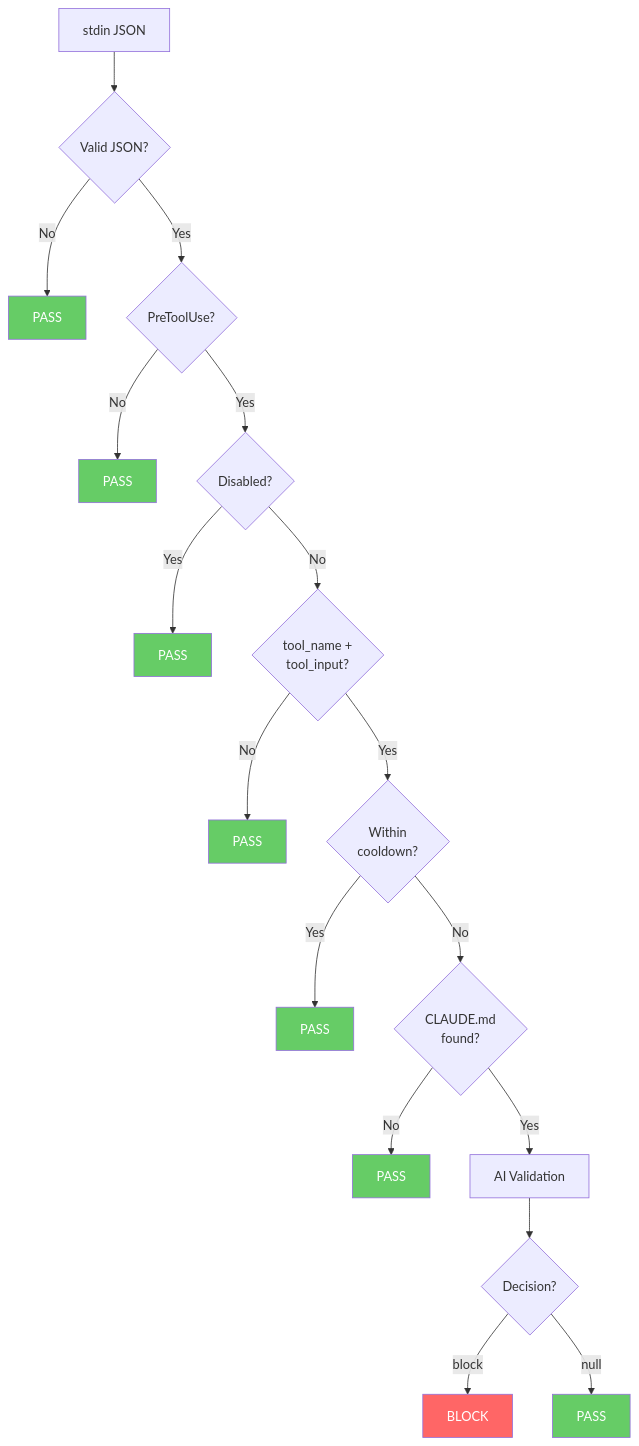
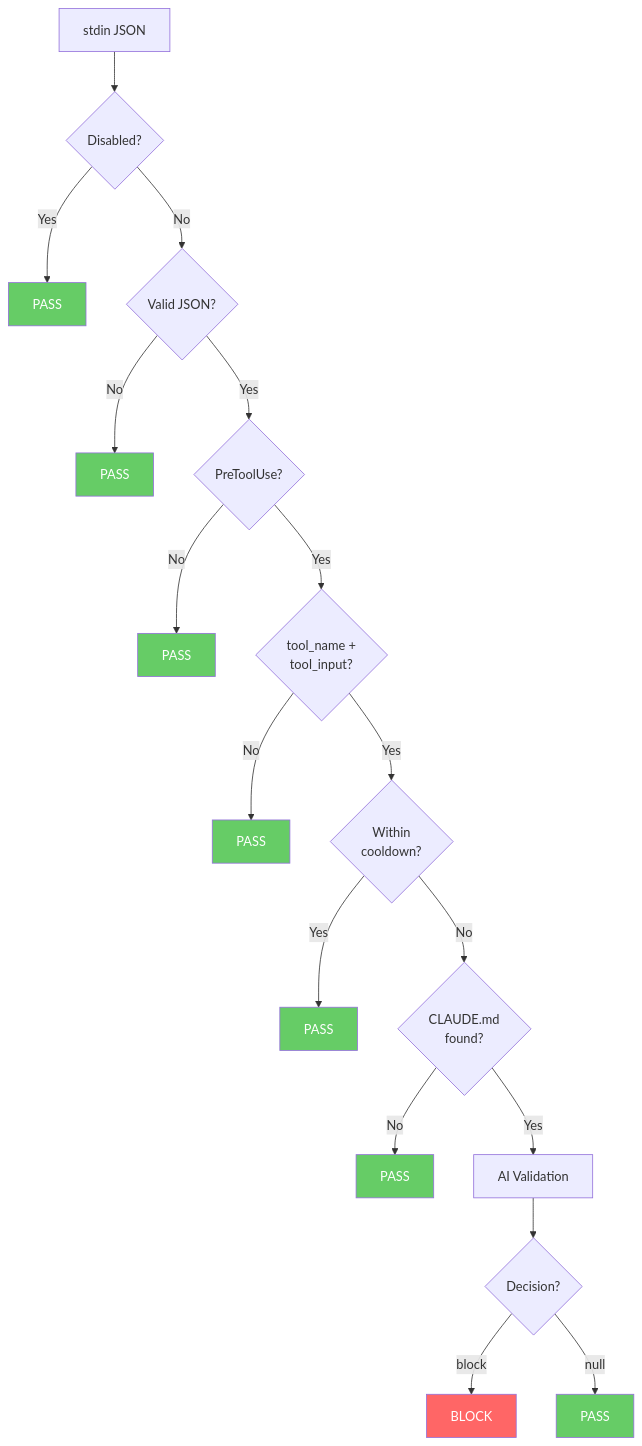
Before and after one commit to Hiro-Chiba/claudemd-guard: the fifth of 5 diagrams in docs/architecture.md, drawn with Mermaid. The commit also changed 52 other files, not shown here.

First line of the commit message:
chore: remove dist/ from git, fix architecture diagram order, add reddit post drafts

````diff
--- a/docs/architecture.md
+++ b/docs/architecture.md
@@ -114,28 +114,28 @@
 ```mermaid
 flowchart TD
-    Input[stdin JSON] --> Parse{Valid JSON?}
-    Parse -->|No| Pass1[PASS]
+    Input[stdin JSON] --> Disabled{Disabled?}
+    Disabled -->|Yes| Pass1[PASS]
+    Disabled -->|No| Parse{Valid JSON?}
+    Parse -->|No| Pass2[PASS]
     Parse -->|Yes| Event{PreToolUse?}
-    Event -->|No| Pass2[PASS]
-    Event -->|Yes| Disabled{Disabled?}
-    Disabled -->|Yes| Pass3[PASS]
-    Disabled -->|No| Tool{tool_name +<br/>tool_input?}
+    Event -->|No| Pass3[PASS]
+    Event -->|Yes| Tool{tool_name +<br/>tool_input?}
     Tool -->|No| Pass4[PASS]
     Tool -->|Yes| Cooldown{Within<br/>cooldown?}
     Cooldown -->|Yes| Pass5[PASS]
     Cooldown -->|No| Collect{CLAUDE.md<br/>found?}
     Collect -->|No| Pass6[PASS]
     Collect -->|Yes| Validate[AI Validation]
     Validate --> Result{Decision?}
     Result -->|block| Block[BLOCK]
     Result -->|null| Pass7[PASS]
 
     style Block fill:#f66,color:#fff
     style Pass1 fill:#6c6,color:#fff
     style Pass2 fill:#6c6,color:#fff
     style Pass3 fill:#6c6,color:#fff
     style Pass4 fill:#6c6,color:#fff
     style Pass5 fill:#6c6,color:#fff
     style Pass6 fill:#6c6,color:#fff
     style Pass7 fill:#6c6,color:#fff
 ```
````
